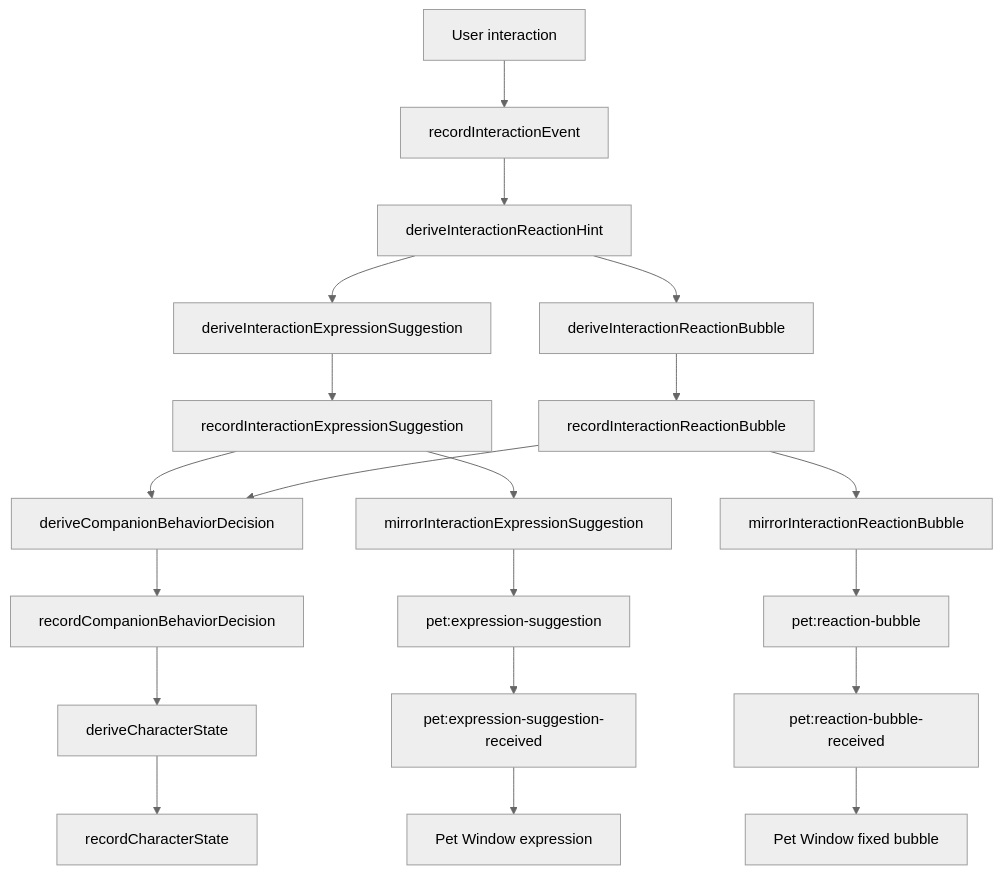
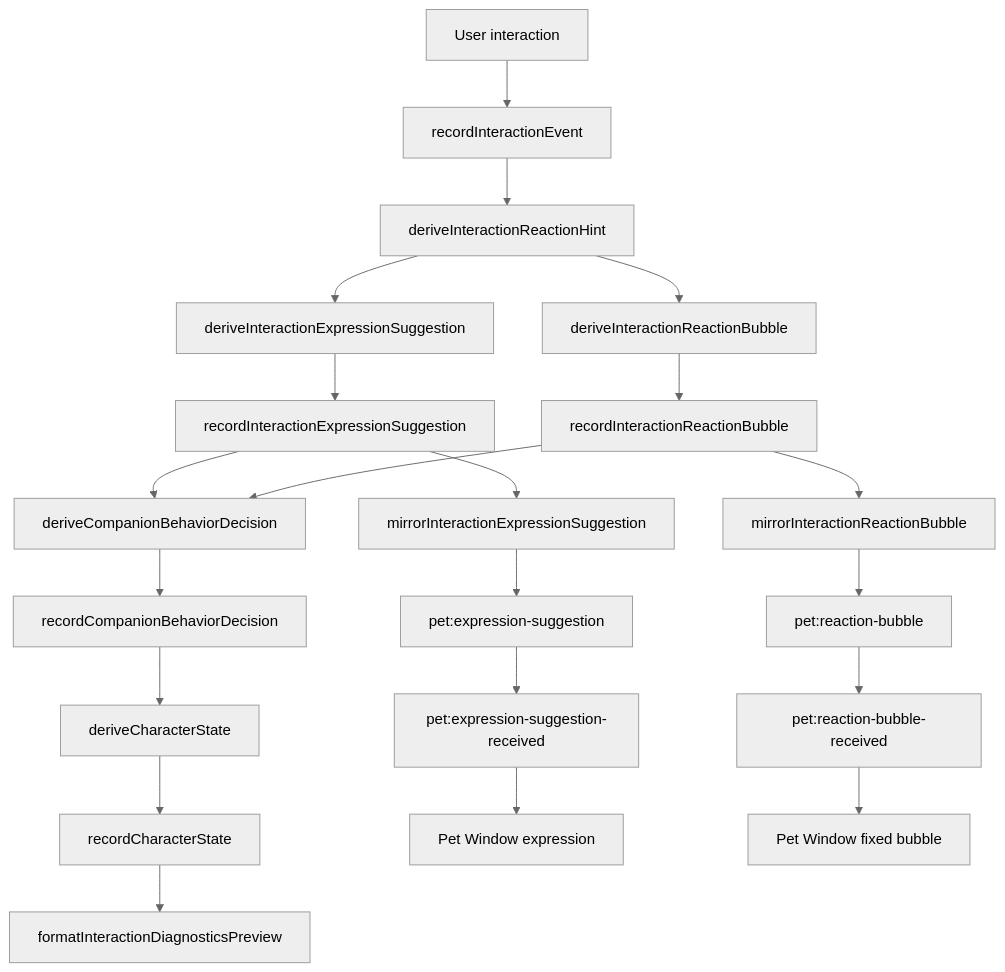
The diagram in docs/INTERACTIVE_COMPANION_ARCHITECTURE.md (RickHSIAO/Dragon-pet-AI), drawn with Mermaid (neutral theme) before and after one commit. The commit also changed other lines of this file and 7 other files, not shown here.

Commit message:
feat: TASK-224 polish character state diagnostics preview

````diff
--- a/docs/INTERACTIVE_COMPANION_ARCHITECTURE.md
+++ b/docs/INTERACTIVE_COMPANION_ARCHITECTURE.md
@@ -61,22 +62,23 @@
 ```mermaid
 flowchart TD
   A[User interaction] --> B[recordInteractionEvent]
   B --> C[deriveInteractionReactionHint]
   C --> D[deriveInteractionExpressionSuggestion]
   C --> E[deriveInteractionReactionBubble]
   D --> F[recordInteractionExpressionSuggestion]
   E --> G[recordInteractionReactionBubble]
   F --> H[deriveCompanionBehaviorDecision]
   G --> H
   H --> I[recordCompanionBehaviorDecision]
   I --> R[deriveCharacterState]
   R --> S[recordCharacterState]
+  S --> T[formatInteractionDiagnosticsPreview]
   F --> J[mirrorInteractionExpressionSuggestion]
   J --> K[pet:expression-suggestion]
   K --> L[pet:expression-suggestion-received]
   L --> M[Pet Window expression]
   G --> N[mirrorInteractionReactionBubble]
   N --> O[pet:reaction-bubble]
   O --> P[pet:reaction-bubble-received]
   P --> Q[Pet Window fixed bubble]
 ```
````
